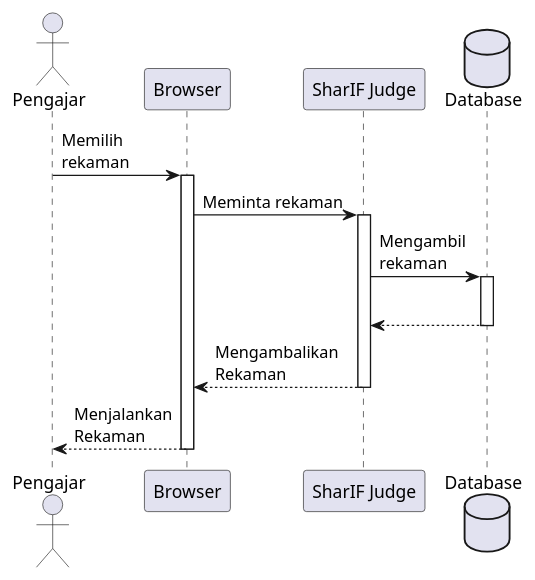
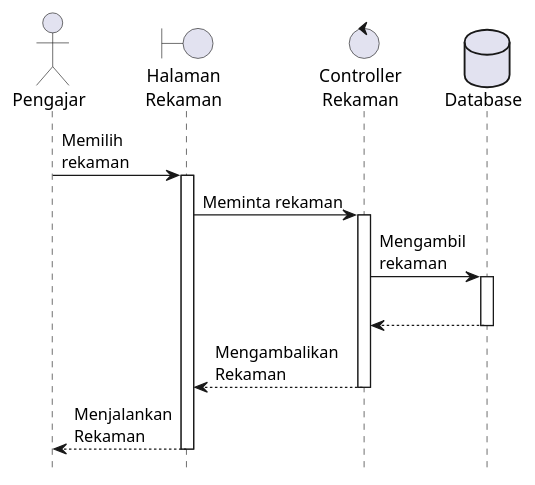
One commit to AndreasRonaldi/Skripsi changed the diagram in doc/DokumenSkripsi/Diagram/3.seqdia_seerecording.puml. Above: the diagram before and after it, drawn with PlantUML. The commit also changed 11 other files, not shown here.

Commit message:
[3] add analisis assets and change format diagram to be uml

```diff
--- a/doc/DokumenSkripsi/Diagram/3.seqdia_seerecording.puml
+++ b/doc/DokumenSkripsi/Diagram/3.seqdia_seerecording.puml
@@ -1,21 +1,24 @@
 @startuml seqdia_seerecording
+
+hide footbox
+
 actor       Pengajar       as user
-participant Browser as bw
-participant "SharIF Judge" as shj
+boundary "Halaman\nRekaman" as bw
+control "Controller\nRekaman" as shj
 database Database as db
 
 user -> bw : Memilih\nrekaman
 activate bw
 
 bw -> shj : Meminta rekaman
 activate shj
 
 shj -> db : Mengambil\nrekaman
 activate db
 |||
 return
 
 return Mengambalikan\nRekaman
 
 return Menjalankan\nRekaman
 @enduml
```
